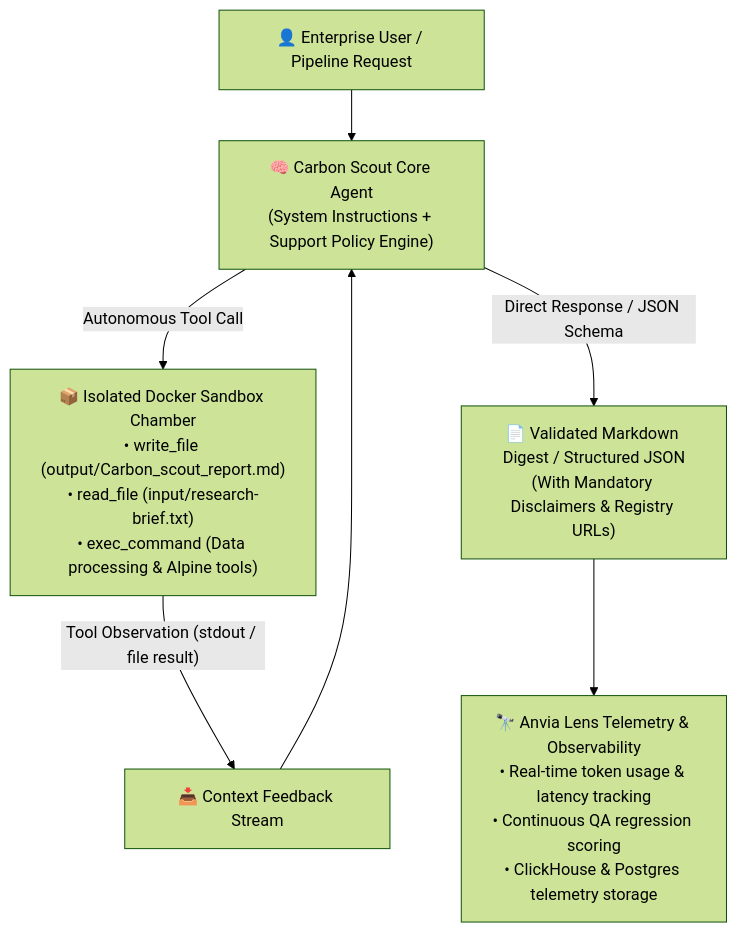
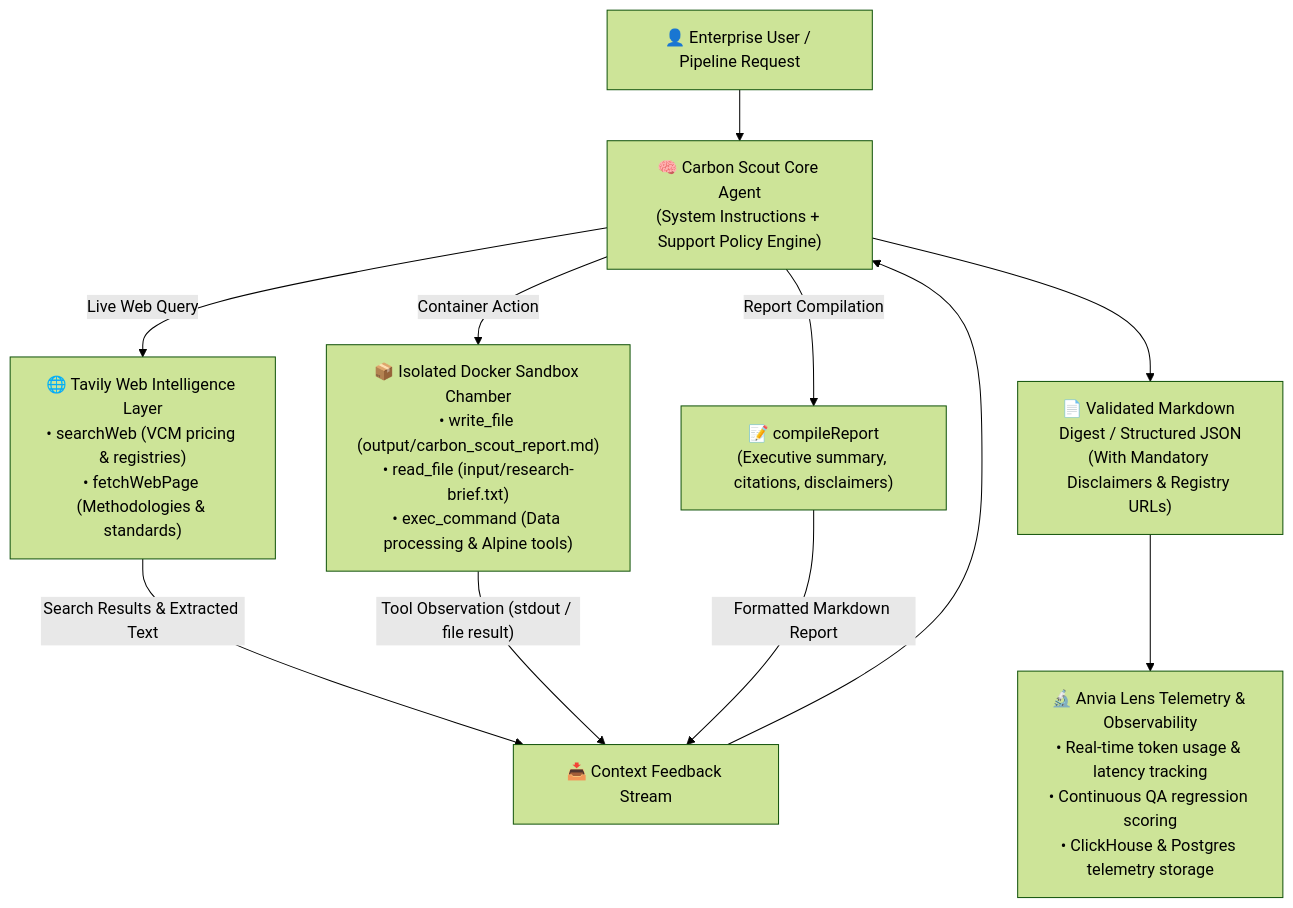
One commit to Zalayetha/Carbon-Scout changed the diagram in README.md. Above: the diagram before and after it, drawn with Mermaid (forest theme). The commit also changed other lines of this file and 13 other files, not shown here.

Commit message:
feat: integrate Tavily research service, domain tools, and report compiler

````diff
--- a/README.md
+++ b/README.md
@@ -66,12 +72,17 @@
 ```mermaid
 flowchart TD
     User["👤 Enterprise User / Pipeline Request"] --> Agent["🧠 Carbon Scout Core Agent<br/>(System Instructions + Support Policy Engine)"]
 
-    Agent -->|"Autonomous Tool Call"| Sandbox["📦 Isolated Docker Sandbox Chamber<br/>• write_file (output/Carbon_scout_report.md)<br/>• read_file (input/research-brief.txt)<br/>• exec_command (Data processing & Alpine tools)"]
-    Agent -->|"Direct Response / JSON Schema"| FinalResponse["📄 Validated Markdown Digest / Structured JSON<br/>(With Mandatory Disclaimers & Registry URLs)"]
+    Agent -->|"Live Web Query"| Tavily["🌐 Tavily Web Intelligence Layer<br/>• searchWeb (VCM pricing & registries)<br/>• fetchWebPage (Methodologies & standards)"]
+    Agent -->|"Report Compilation"| Reporter["📝 compileReport<br/>(Executive summary, citations, disclaimers)"]
+    Agent -->|"Container Action"| Sandbox["📦 Isolated Docker Sandbox Chamber<br/>• write_file (output/carbon_scout_report.md)<br/>• read_file (input/research-brief.txt)<br/>• exec_command (Data processing & Alpine tools)"]
 
-    Sandbox -->|"Tool Observation (stdout / file result)"| AgentFeedback["📥 Context Feedback Stream"]
+    Tavily -->|"Search Results & Extracted Text"| AgentFeedback["📥 Context Feedback Stream"]
+    Sandbox -->|"Tool Observation (stdout / file result)"| AgentFeedback
+    Reporter -->|"Formatted Markdown Report"| AgentFeedback
     AgentFeedback --> Agent
 
-    FinalResponse --> Lens["🔭 Anvia Lens Telemetry & Observability<br/>• Real-time token usage & latency tracking<br/>• Continuous QA regression scoring<br/>• ClickHouse & Postgres telemetry storage"]
+    Agent --> FinalResponse["📄 Validated Markdown Digest / Structured JSON<br/>(With Mandatory Disclaimers & Registry URLs)"]
+
+    FinalResponse --> Lens["🔬 Anvia Lens Telemetry & Observability<br/>• Real-time token usage & latency tracking<br/>• Continuous QA regression scoring<br/>• ClickHouse & Postgres telemetry storage"]
 ```
````
